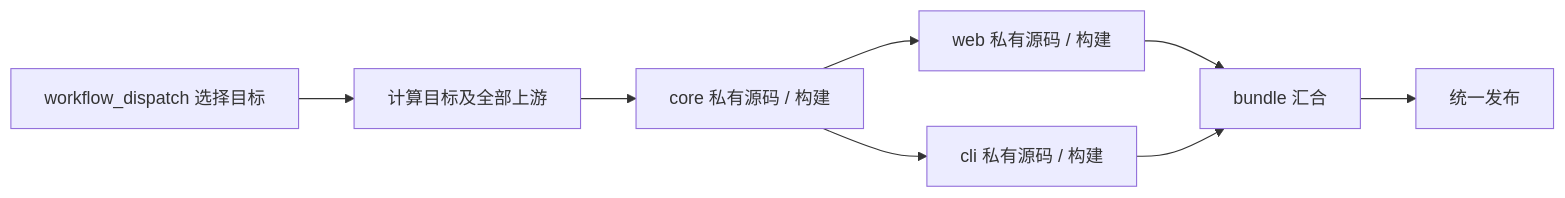
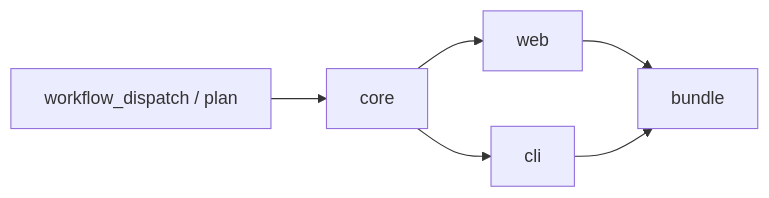
Before and after one commit to wibus-wee/buildgraph: the diagram in README.md, drawn with Mermaid. The commit also changed other lines of this file and 26 other files, not shown here.

Commit message:
Use native Actions YAML as the build graph source of truth

````diff
--- a/README.md
+++ b/README.md
@@ -13,10 +13,8 @@
 ```mermaid
 flowchart LR
-  D[workflow_dispatch 选择目标] --> P[计算目标及全部上游]
-  P --> C[core 私有源码 / 构建]
-  C --> W[web 私有源码 / 构建]
-  C --> L[cli 私有源码 / 构建]
-  W --> B[bundle 汇合]
+  P[workflow_dispatch / plan] --> C[core]
+  C --> W[web]
+  C --> L[cli]
+  W --> B[bundle]
   L --> B
-  B --> R[统一发布]
 ```
````
